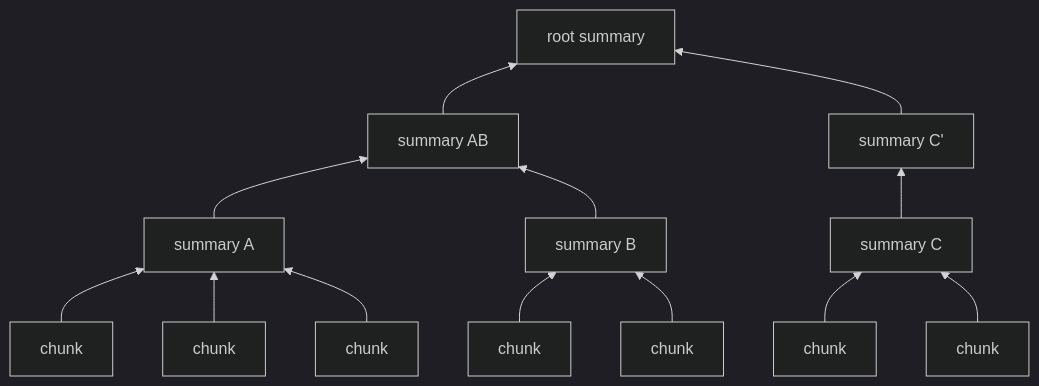
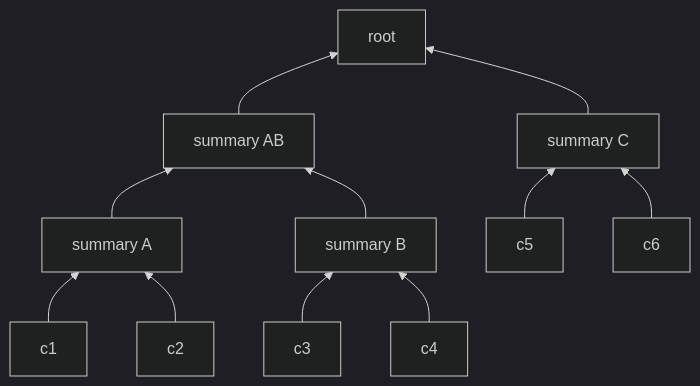
One commit to whrui720/GraphRAG_playground changed the diagram in notes/variants/index/RAPTOR.md. Above: the diagram before and after it, drawn with Mermaid (dark theme). The commit also changed 65 other files, not shown here.

Commit message:
fixed + added more diagrams

````diff
--- a/notes/variants/index/RAPTOR.md
+++ b/notes/variants/index/RAPTOR.md
@@ -25,9 +25,8 @@
 ```mermaid
 flowchart BT
-  c1[chunk] & c2[chunk] & c3[chunk] --> s1[summary A]
-  c4[chunk] & c5[chunk] --> s2[summary B]
-  c6[chunk] & c7[chunk] --> s3[summary C]
-  s1 & s2 --> r1[summary AB]
-  s3 --> r2[summary C']
-  r1 & r2 --> root[root summary]
+  c1[c1] & c2[c2] --> A[summary A]
+  c3[c3] & c4[c4] --> B[summary B]
+  c5[c5] & c6[c6] --> C[summary C]
+  A & B --> AB[summary AB]
+  AB & C --> R[root]
 ```
````
